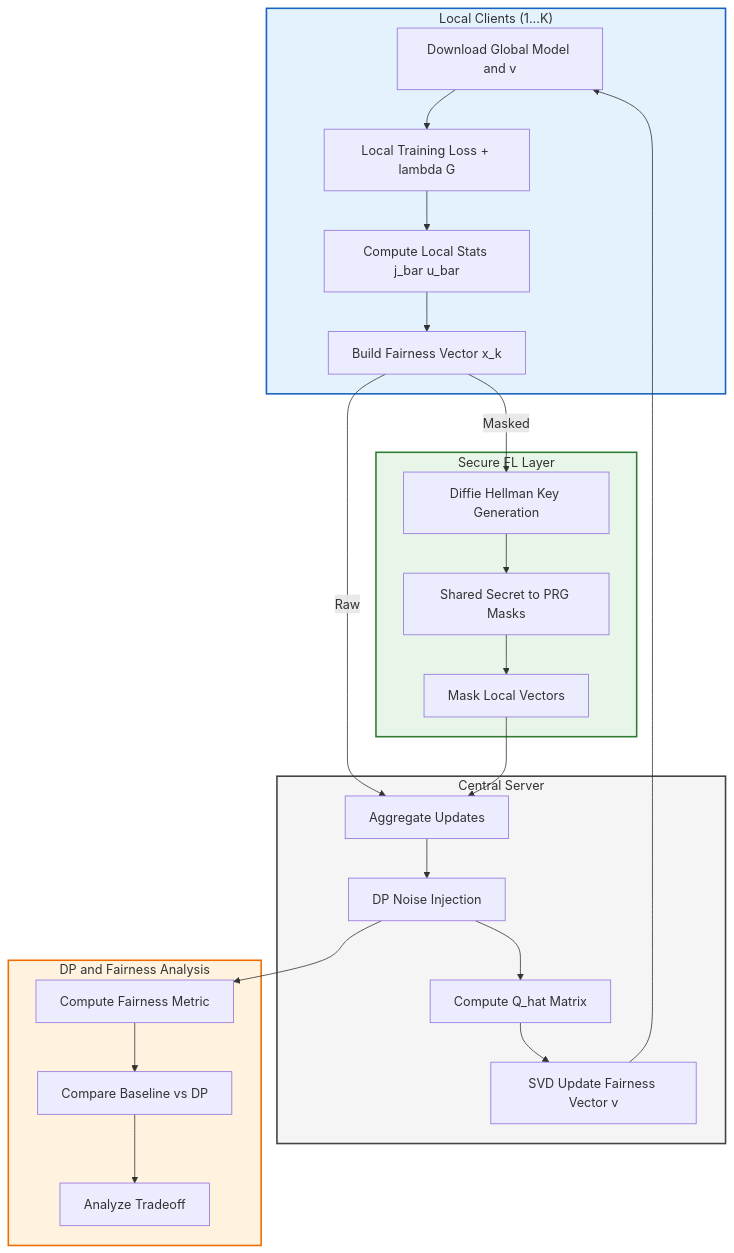
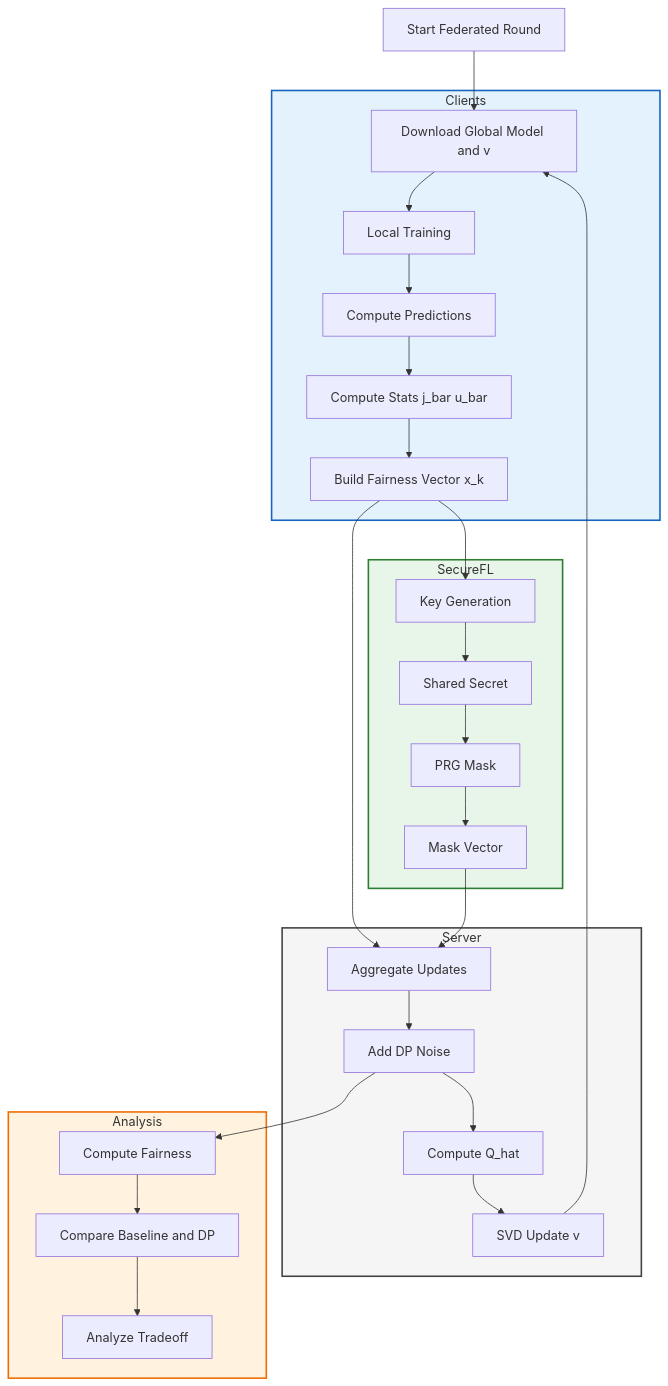
Before and after one commit to aman010/Secure_FedRenyi: the diagram in README.md, drawn with Mermaid.

````diff
--- a/README.md
+++ b/README.md
@@ -1,56 +1,62 @@
 ```mermaid
 graph TD
 
+%% ================= OVERVIEW =================
+START[Start Federated Round]
+
 %% ================= CLIENT SIDE =================
-subgraph Clients ["Local Clients (1...K)"]
+subgraph Clients
     C1[Download Global Model and v]
-    C2[Local Training Loss + lambda G]
-    C3[Compute Local Stats j_bar u_bar]
-    C4[Build Fairness Vector x_k]
+    C2[Local Training]
+    C3[Compute Predictions]
+    C4[Compute Stats j_bar u_bar]
+    C5[Build Fairness Vector x_k]
 end
 
 %% ================= SECURE LAYER =================
-subgraph SecureFL ["Secure FL Layer"]
-    S1[Diffie Hellman Key Generation]
-    S2[Shared Secret to PRG Masks]
-    S3[Mask Local Vectors]
+subgraph SecureFL
+    S1[Key Generation]
+    S2[Shared Secret]
+    S3[PRG Mask]
+    S4[Mask Vector]
 end
 
 %% ================= SERVER =================
-subgraph Server ["Central Server"]
+subgraph Server
     SV1[Aggregate Updates]
-    SV2[DP Noise Injection]
-    SV3[Compute Q_hat Matrix]
-    SV4[SVD Update Fairness Vector v]
+    SV2[Add DP Noise]
+    SV3[Compute Q_hat]
+    SV4[SVD Update v]
 end
 
 %% ================= ANALYSIS =================
-subgraph Analysis ["DP and Fairness Analysis"]
-    A1[Compute Fairness Metric]
-    A2[Compare Baseline vs DP]
+subgraph Analysis
+    A1[Compute Fairness]
+    A2[Compare Baseline and DP]
     A3[Analyze Tradeoff]
 end
 
 %% ================= FLOW =================
-C1 --> C2 --> C3 --> C4
+START --> C1 --> C2 --> C3 --> C4 --> C5
 
-C4 -->|Raw| SV1
-C4 -->|Masked| S1
-S1 --> S2 --> S3 --> SV1
+%% baseline path
+C5 --> SV1
 
+%% secure path
+C5 --> S1 --> S2 --> S3 --> S4 --> SV1
+
+%% server flow
 SV1 --> SV2 --> SV3 --> SV4
+
+%% feedback loop
 SV4 --> C1
 
+%% analysis branch
 SV2 --> A1 --> A2 --> A3
-
-%% ================= CLICK LINKS =================
-click C4 "docs/client.md" "View Client Training Details"
-click S1 "docs/secure.md" "View Secure Aggregation Details"
-click SV2 "docs/flowchart.md" "View DP and Fairness Analysis"
 
 %% ================= STYLING =================
 style Clients fill:#e3f2fd,stroke:#1565c0,stroke-width:2px
 style SecureFL fill:#e8f5e9,stroke:#2e7d32,stroke-width:2px
 style Server fill:#f5f5f5,stroke:#424242,stroke-width:2px
 style Analysis fill:#fff3e0,stroke:#ef6c00,stroke-width:2px
 ```
````
